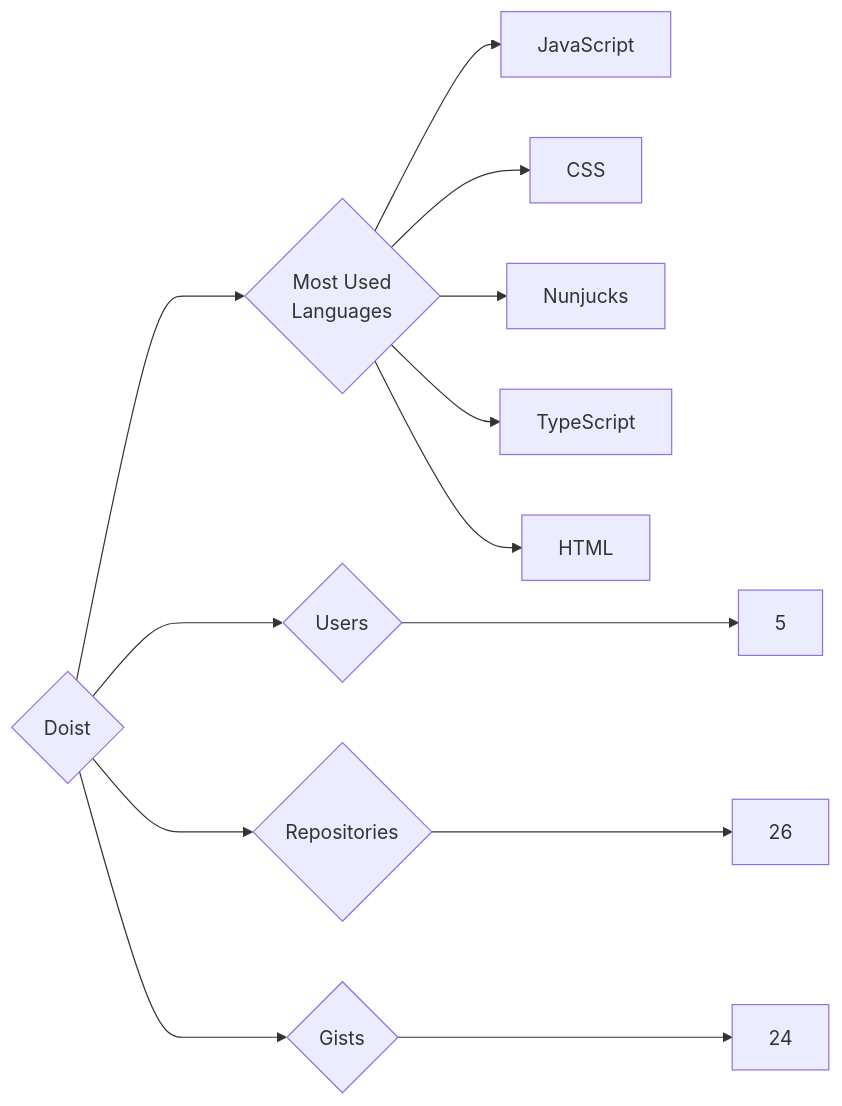
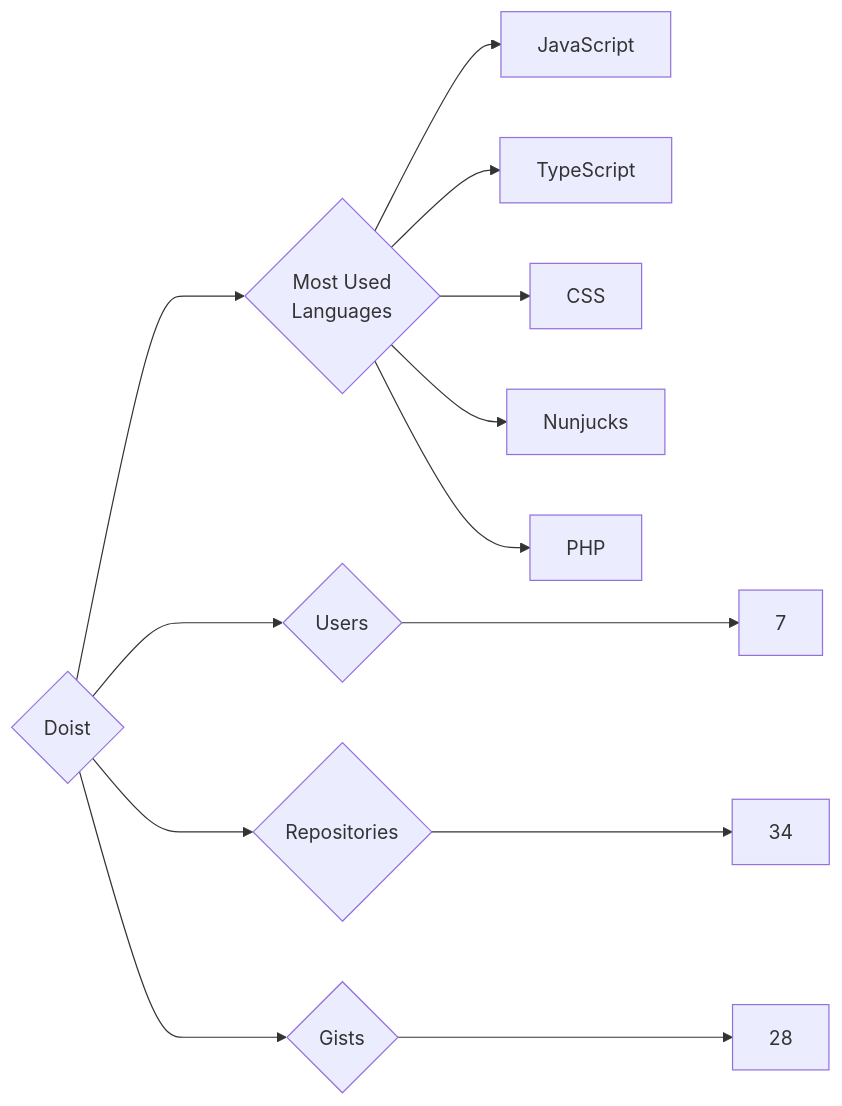
The diagram in targets/Doist/README.md (trickest/insiders), drawn with Mermaid before and after one commit. The commit also changed 1123 other files, not shown here.

````diff
--- a/targets/Doist/README.md
+++ b/targets/Doist/README.md
@@ -3,13 +3,13 @@
 ```mermaid
 graph LR
 COMPANY_NAME{Doist}
-COMPANY_NAME ---> U{Users} ---> UN[5]
-COMPANY_NAME ---> R{Repositories} ---> RN[26]
-COMPANY_NAME ---> G{Gists} ---> GN[24]
+COMPANY_NAME ---> U{Users} ---> UN[7]
+COMPANY_NAME ---> R{Repositories} ---> RN[34]
+COMPANY_NAME ---> G{Gists} ---> GN[28]
 COMPANY_NAME ---> ML{Most Used<br>Languages}
 ML --> JavaScript[JavaScript]
+ML --> TypeScript[TypeScript]
 ML --> CSS[CSS]
 ML --> Nunjucks[Nunjucks]
-ML --> TypeScript[TypeScript]
-ML --> HTML[HTML]
+ML --> PHP[PHP]
 ```
````
